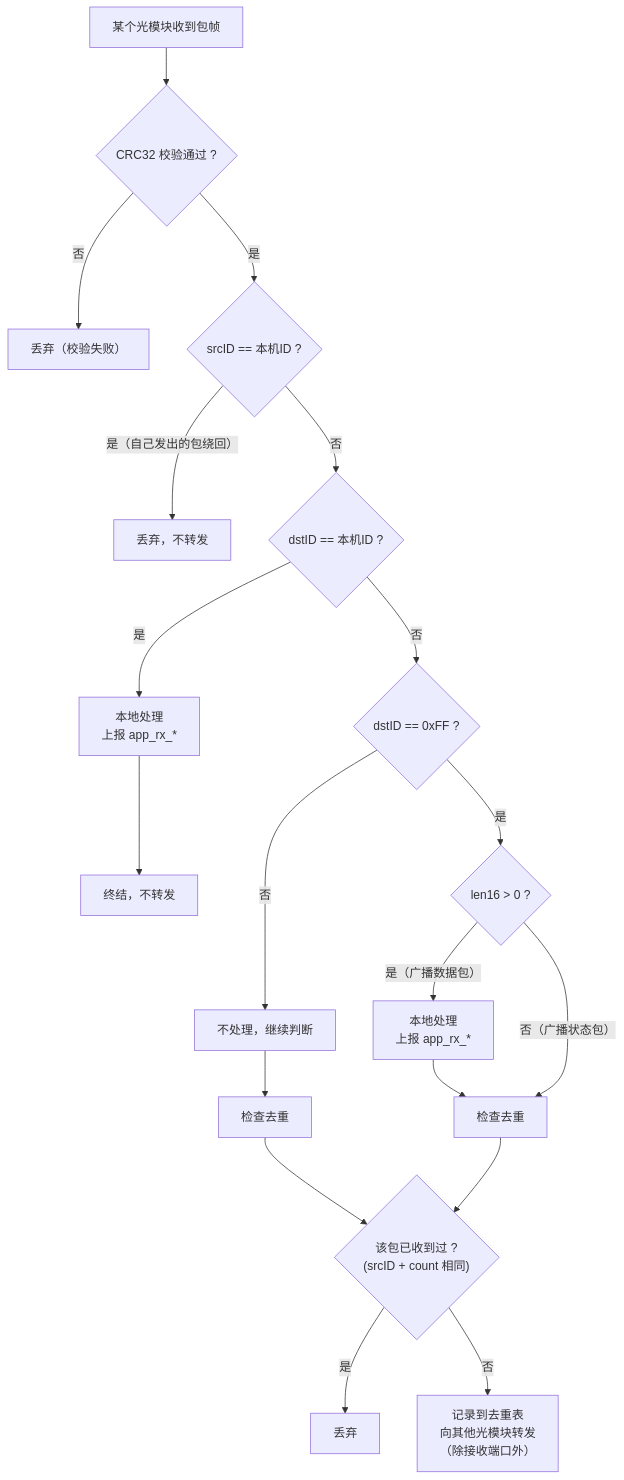
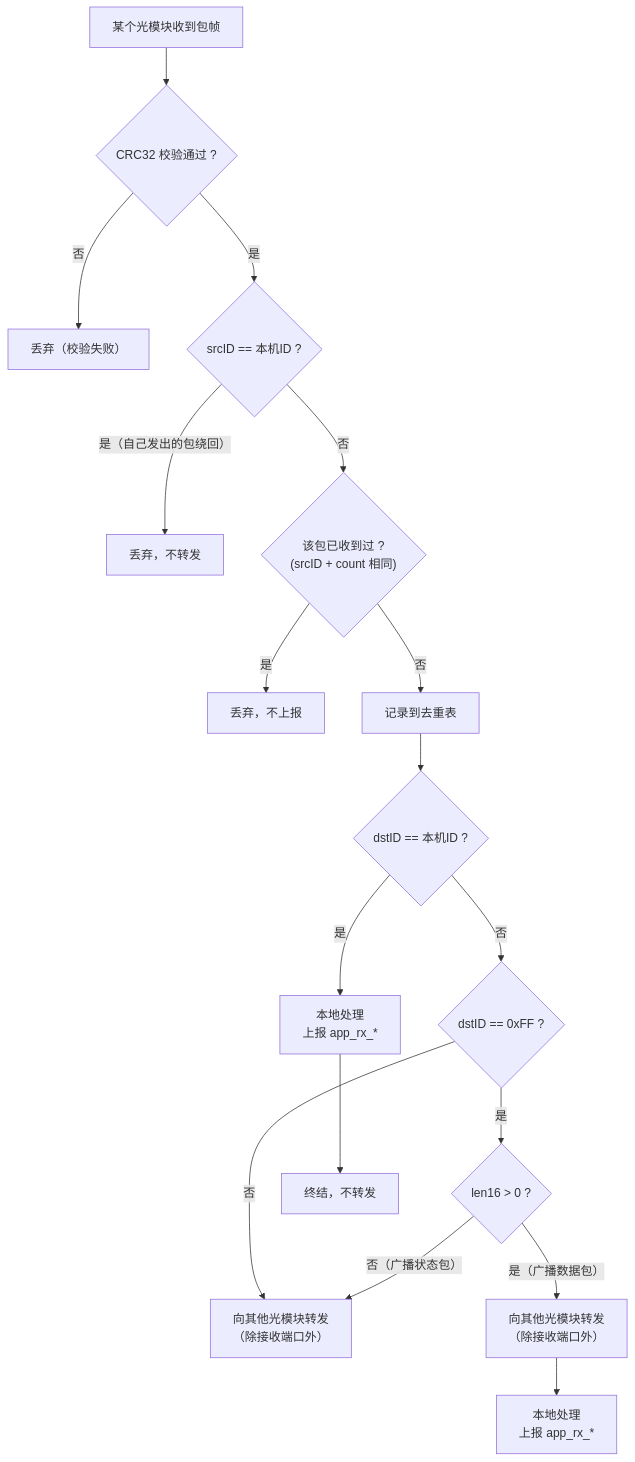
The third of 7 diagrams in docs/architecture.md (RBzhang/network_8), drawn with Mermaid before and after one commit. The commit also changed other lines of this file and 8 other files, not shown here.

````diff
--- a/docs/architecture.md
+++ b/docs/architecture.md
@@ -169,21 +171,19 @@
 ```mermaid
 flowchart TD
     R["某个光模块收到包帧"] --> CRC{"CRC32 校验通过 ?"}
     CRC -- 否 --> E0["丢弃（校验失败）"]
     CRC -- 是 --> S{"srcID == 本机ID ?"}
     S -- 是（自己发出的包绕回）--> E1["丢弃，不转发"]
-    S -- 否 --> C{"dstID == 本机ID ?"}
+    S -- 否 --> DUP{"该包已收到过 ?<br/>(srcID + count 相同)"}
+    DUP -- 是 --> E3["丢弃，不上报"]
+    DUP -- 否 --> INS["记录到去重表"]
+    INS --> C{"dstID == 本机ID ?"}
     C -- 是 --> A["本地处理<br/>上报 app_rx_*"]
     C -- 否 --> B{"dstID == 0xFF ?"}
-    B -- 否 --> SKIP["不处理，继续判断"]
+    B -- 否 --> FWD["向其他光模块转发<br/>（除接收端口外）"]
     B -- 是 --> L{"len16 > 0 ?"}
-    L -- 是（广播数据包）--> BA["本地处理<br/>上报 app_rx_*"]
-    L -- 否（广播状态包）--> DUP1["检查去重"]
+    L -- 是（广播数据包）--> BF["向其他光模块转发<br/>（除接收端口外）"]
+    BF --> BA["本地处理<br/>上报 app_rx_*"]
+    L -- 否（广播状态包）--> FWD
     A --> E2["终结，不转发"]
-    BA --> DUP1
-    SKIP --> DUP2["检查去重"]
-    DUP1 --> DUP{"该包已收到过 ?<br/>(srcID + count 相同)"}
-    DUP2 --> DUP
-    DUP -- 是 --> E3["丢弃"]
-    DUP -- 否 --> FWD["记录到去重表<br/>向其他光模块转发<br/>（除接收端口外）"]
 ```
````
